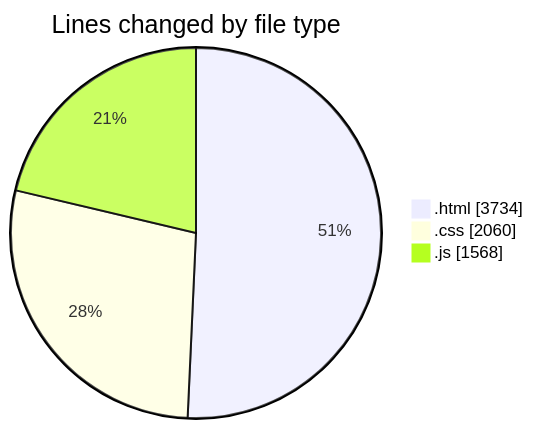
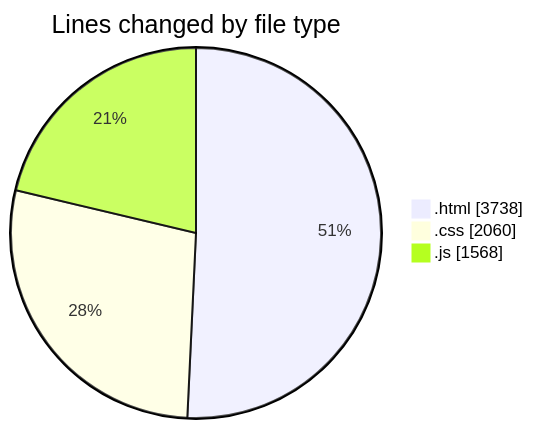
One commit to Ritupan-Deka/code-tracking changed the first of 2 diagrams in 2025-05-24/projects/README.md. Above: the diagram before and after it, drawn with Mermaid. The commit also changed other lines of this file and 1 other file, not shown here.

````diff
--- a/2025-05-24/projects/README.md
+++ b/2025-05-24/projects/README.md
@@ -23,7 +23,7 @@
 ```mermaid
 pie showData
 title Lines changed by file type
-".html" : 3734
+".html" : 3738
 ".css" : 2060
 ".js" : 1568
 ```
````
